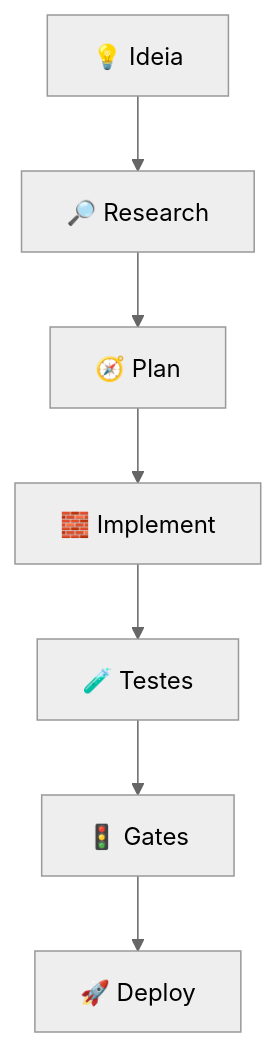
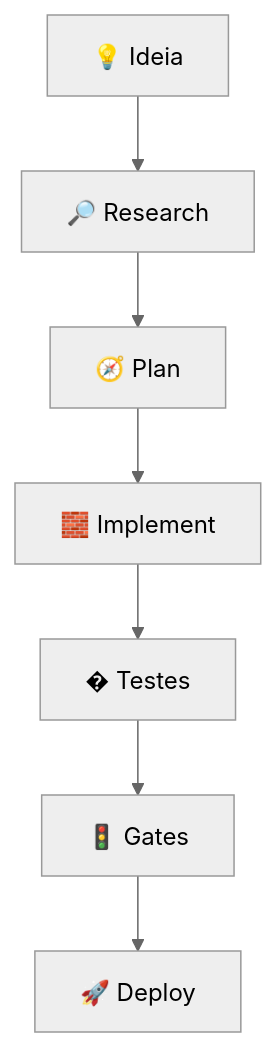
The diagram in README.md (guilhermedemorais-dev/context-engineering-factory), drawn with Mermaid (neutral theme) before and after one commit. The commit also changed other lines of this file and 1 other file, not shown here.

````diff
--- a/README.md
+++ b/README.md
@@ -30,9 +31,9 @@
 ```mermaid
 flowchart TD
     A[💡 Ideia] --> B[🔎 Research]
     B --> C[🧭 Plan]
     C --> D[🧱 Implement]
-    D --> E[🧪 Testes]
+    D --> E[� Testes]
     E --> F[🚦 Gates]
     F --> G[🚀 Deploy]
 ```
````
